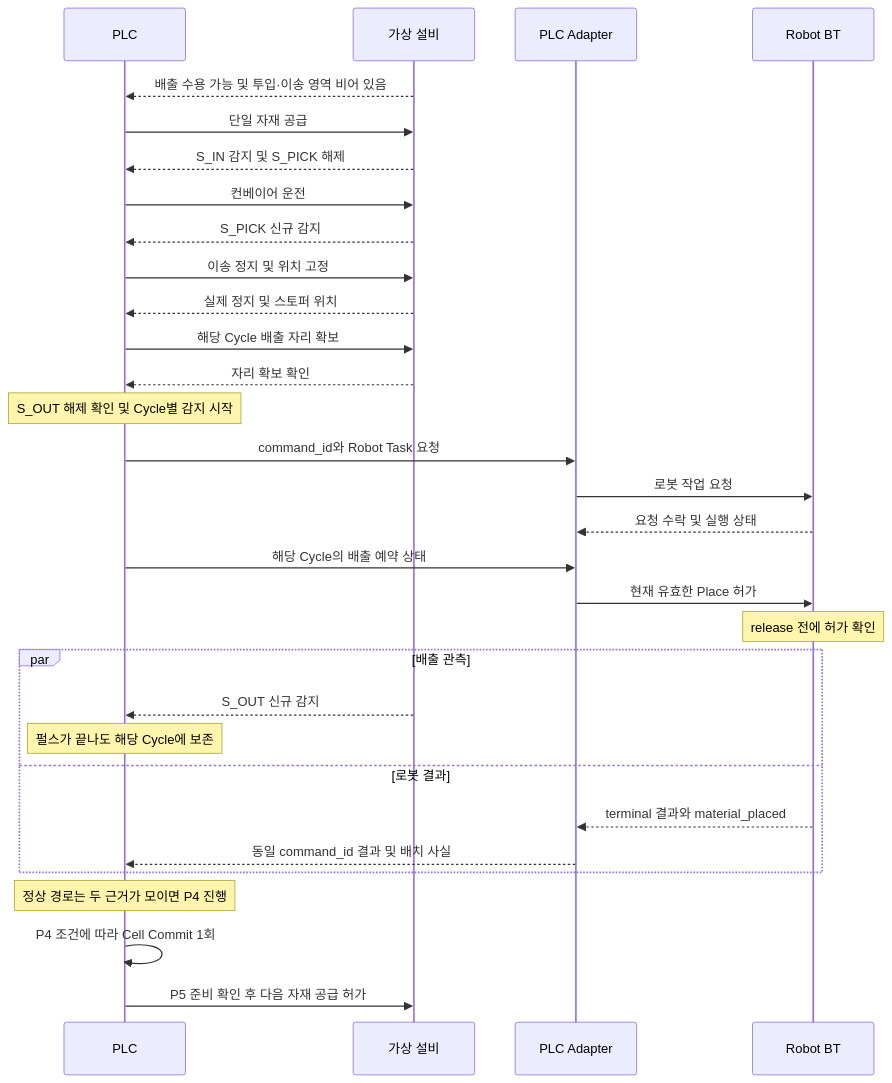
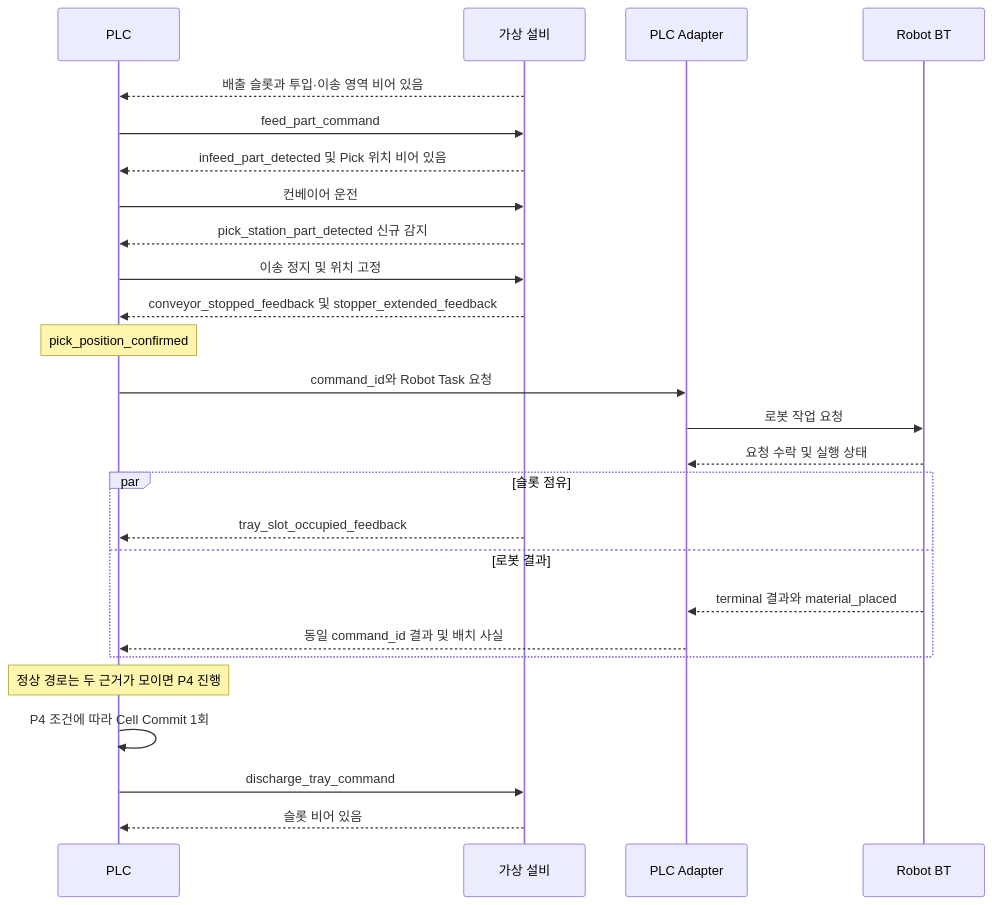
The diagram in docs/design/cells/conveyor-pnp-poc/cell-control.md (dev-kibeom/sftwin-arm-cell), drawn with Mermaid before and after one commit. The commit also changed other lines of this file and 2 other files, not shown here.

````diff
--- a/docs/design/cells/conveyor-pnp-poc/cell-control.md
+++ b/docs/design/cells/conveyor-pnp-poc/cell-control.md
@@ -32,33 +32,28 @@
 ```mermaid
 sequenceDiagram
     participant P as PLC
     participant E as 가상 설비
     participant A as PLC Adapter
     participant B as Robot BT
-    E-->>P: 배출 수용 가능 및 투입·이송 영역 비어 있음
-    P->>E: 단일 자재 공급
-    E-->>P: S_IN 감지 및 S_PICK 해제
+    E-->>P: 배출 슬롯과 투입·이송 영역 비어 있음
+    P->>E: feed_part_command
+    E-->>P: infeed_part_detected 및 Pick 위치 비어 있음
     P->>E: 컨베이어 운전
-    E-->>P: S_PICK 신규 감지
+    E-->>P: pick_station_part_detected 신규 감지
     P->>E: 이송 정지 및 위치 고정
-    E-->>P: 실제 정지 및 스토퍼 위치
-    P->>E: 해당 Cycle 배출 자리 확보
-    E-->>P: 자리 확보 확인
-    Note over P: S_OUT 해제 확인 및 Cycle별 감지 시작
+    E-->>P: conveyor_stopped_feedback 및 stopper_extended_feedback
+    Note over P: pick_position_confirmed
     P->>A: command_id와 Robot Task 요청
     A->>B: 로봇 작업 요청
     B-->>A: 요청 수락 및 실행 상태
-    P->>A: 해당 Cycle의 배출 예약 상태
-    A->>B: 현재 유효한 Place 허가
-    Note over B: release 전에 허가 확인
-    par 배출 관측
-        E-->>P: S_OUT 신규 감지
-        Note over P: 펄스가 끝나도 해당 Cycle에 보존
+    par 슬롯 점유
+        E-->>P: tray_slot_occupied_feedback
     and 로봇 결과
         B-->>A: terminal 결과와 material_placed
         A-->>P: 동일 command_id 결과 및 배치 사실
     end
     Note over P: 정상 경로는 두 근거가 모이면 P4 진행
     P->>P: P4 조건에 따라 Cell Commit 1회
-    P->>E: P5 준비 확인 후 다음 자재 공급 허가
+    P->>E: discharge_tray_command
+    E-->>P: 슬롯 비어 있음
 ```
````
